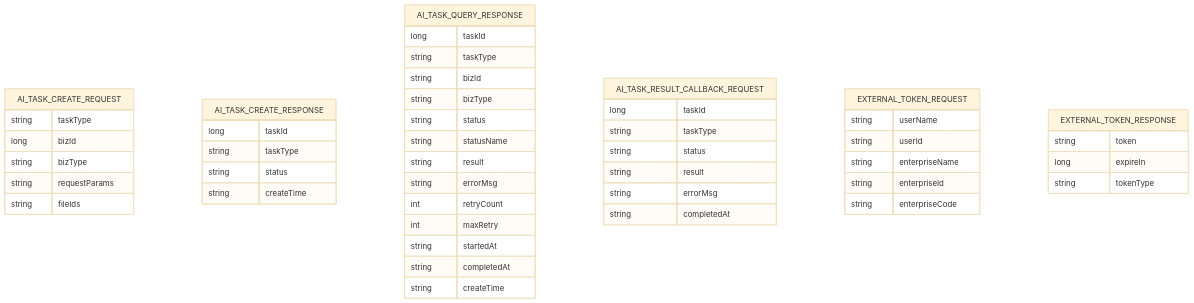
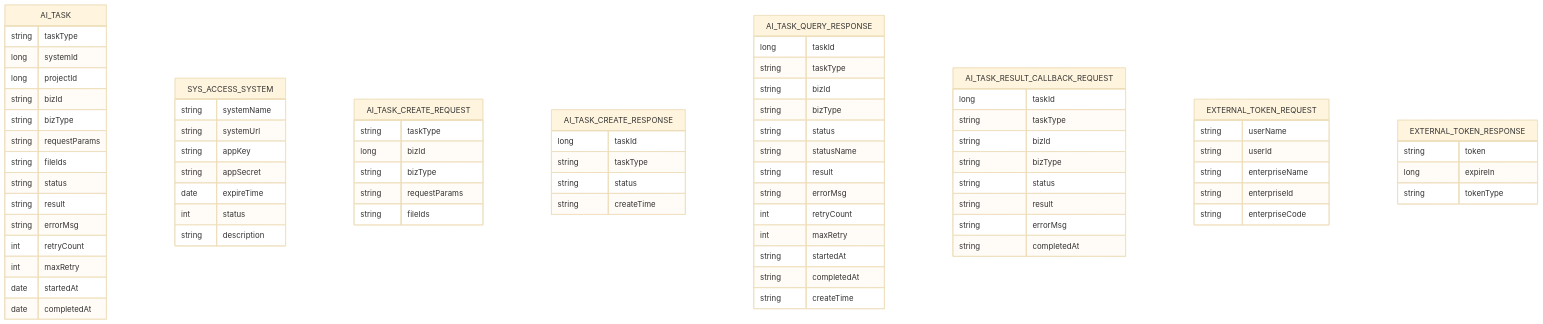
The seventh of 8 diagrams in .qoder/repowiki/zh/content/API接口文档/外部系统集成API/外部AI任务API.md (DrunkFood/First), drawn with Mermaid (base theme) before and after one commit. The commit also changed other lines of this file and 58 other files, not shown here.

````diff
--- a/.qoder/repowiki/zh/content/API接口文档/外部系统集成API/外部AI任务API.md
+++ b/.qoder/repowiki/zh/content/API接口文档/外部系统集成API/外部AI任务API.md
@@ -274,51 +277,78 @@
 ```mermaid
 erDiagram
+AI_TASK {
+string taskType
+long systemId
+long projectId
+string bizId
+string bizType
+string requestParams
+string fileIds
+string status
+string result
+string errorMsg
+int retryCount
+int maxRetry
+date startedAt
+date completedAt
+}
+SYS_ACCESS_SYSTEM {
+string systemName
+string systemUrl
+string appKey
+string appSecret
+date expireTime
+int status
+string description
+}
 AI_TASK_CREATE_REQUEST {
 string taskType
 long bizId
 string bizType
 string requestParams
 string fileIds
 }
 AI_TASK_CREATE_RESPONSE {
 long taskId
 string taskType
 string status
 string createTime
 }
 AI_TASK_QUERY_RESPONSE {
 long taskId
 string taskType
 string bizId
 string bizType
 string status
 string statusName
 string result
 string errorMsg
 int retryCount
 int maxRetry
 string startedAt
 string completedAt
 string createTime
 }
 AI_TASK_RESULT_CALLBACK_REQUEST {
 long taskId
 string taskType
+string bizId
+string bizType
 string status
 string result
 string errorMsg
 string completedAt
 }
 EXTERNAL_TOKEN_REQUEST {
 string userName
 string userId
 string enterpriseName
 string enterpriseId
 string enterpriseCode
 }
 EXTERNAL_TOKEN_RESPONSE {
 string token
 long expireIn
 string tokenType
 }
 ```
````
